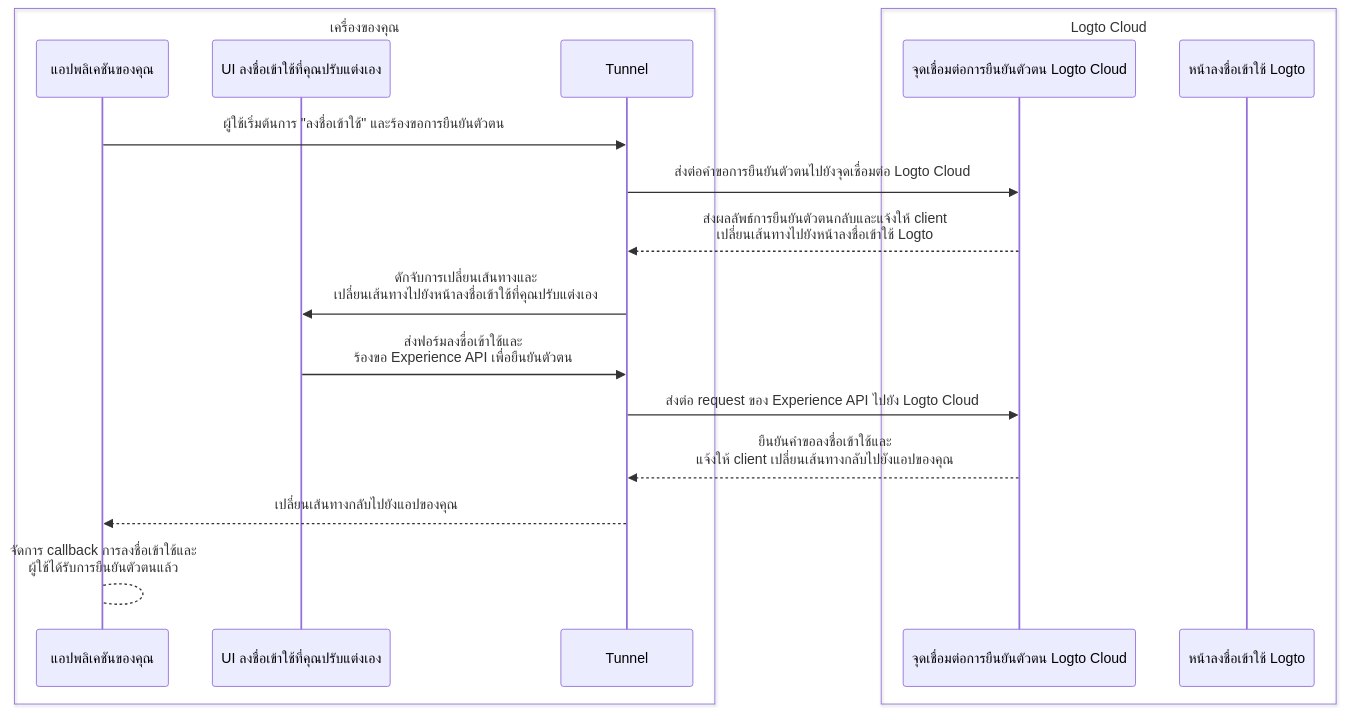
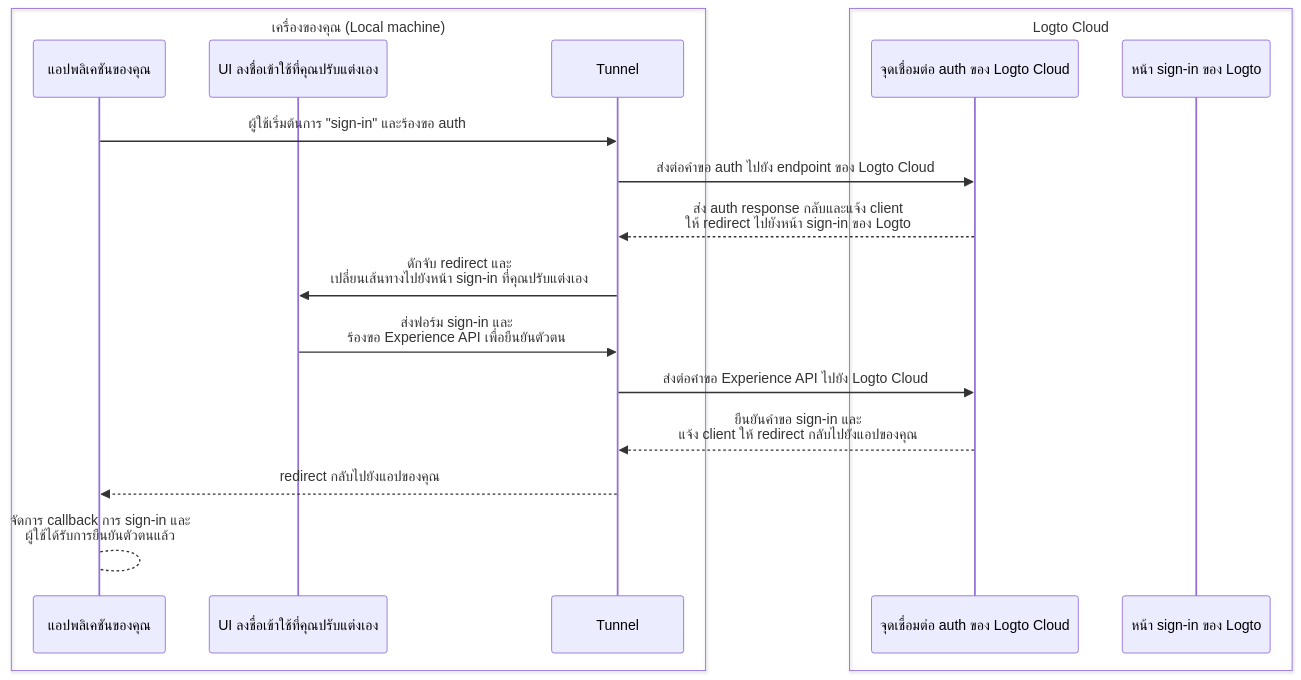
Before and after one commit to logto-io/docs: the second of 2 diagrams in i18n/th/docusaurus-plugin-content-docs/current/customization/bring-your-ui/debug-and-test-your-custom-ui-locally.mdx, drawn with Mermaid. The commit also changed other lines of this file and 666 other files, not shown here.

````diff
--- a/i18n/th/docusaurus-plugin-content-docs/current/customization/bring-your-ui/debug-and-test-your-custom-ui-locally.mdx
+++ b/i18n/th/docusaurus-plugin-content-docs/current/customization/bring-your-ui/debug-and-test-your-custom-ui-locally.mdx
@@ -45,21 +45,21 @@
 ```mermaid
 sequenceDiagram
-    box เครื่องของคุณ
+    box เครื่องของคุณ (Local machine)
     participant A as แอปพลิเคชันของคุณ
     participant B as UI ลงชื่อเข้าใช้ที่คุณปรับแต่งเอง
     participant C as Tunnel
     end
     box Logto Cloud
-    participant D as จุดเชื่อมต่อการยืนยันตัวตน Logto Cloud
-    participant E as หน้าลงชื่อเข้าใช้ Logto
+    participant D as จุดเชื่อมต่อ auth ของ Logto Cloud
+    participant E as หน้า sign-in ของ Logto
     end
-    A ->> C: ผู้ใช้เริ่มต้นการ "ลงชื่อเข้าใช้" และร้องขอการยืนยันตัวตน
-    C ->> D: ส่งต่อคำขอการยืนยันตัวตนไปยังจุดเชื่อมต่อ Logto Cloud
-    D -->> C: ส่งผลลัพธ์การยืนยันตัวตนกลับและแจ้งให้ client<br/>เปลี่ยนเส้นทางไปยังหน้าลงชื่อเข้าใช้ Logto
-    C ->> B: ดักจับการเปลี่ยนเส้นทางและ<br/>เปลี่ยนเส้นทางไปยังหน้าลงชื่อเข้าใช้ที่คุณปรับแต่งเอง
-    B ->> C: ส่งฟอร์มลงชื่อเข้าใช้และ<br/>ร้องขอ Experience API เพื่อยืนยันตัวตน
-    C ->> D: ส่งต่อ request ของ Experience API ไปยัง Logto Cloud
-    D -->> C: ยืนยันคำขอลงชื่อเข้าใช้และ<br/>แจ้งให้ client เปลี่ยนเส้นทางกลับไปยังแอปของคุณ
-    C -->> A: เปลี่ยนเส้นทางกลับไปยังแอปของคุณ
-    A --> A: จัดการ callback การลงชื่อเข้าใช้และ<br/>ผู้ใช้ได้รับการยืนยันตัวตนแล้ว
+    A ->> C: ผู้ใช้เริ่มต้นการ "sign-in" และร้องขอ auth
+    C ->> D: ส่งต่อคำขอ auth ไปยัง endpoint ของ Logto Cloud
+    D -->> C: ส่ง auth response กลับและแจ้ง client<br/>ให้ redirect ไปยังหน้า sign-in ของ Logto
+    C ->> B: ดักจับ redirect และ<br/>เปลี่ยนเส้นทางไปยังหน้า sign-in ที่คุณปรับแต่งเอง
+    B ->> C: ส่งฟอร์ม sign-in และ<br/>ร้องขอ Experience API เพื่อยืนยันตัวตน
+    C ->> D: ส่งต่อคำขอ Experience API ไปยัง Logto Cloud
+    D -->> C: ยืนยันคำขอ sign-in และ<br/>แจ้ง client ให้ redirect กลับไปยังแอปของคุณ
+    C -->> A: redirect กลับไปยังแอปของคุณ
+    A --> A: จัดการ callback การ sign-in และ<br/>ผู้ใช้ได้รับการยืนยันตัวตนแล้ว
 ```
````
